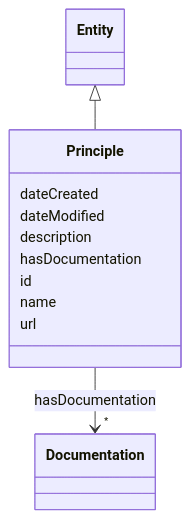
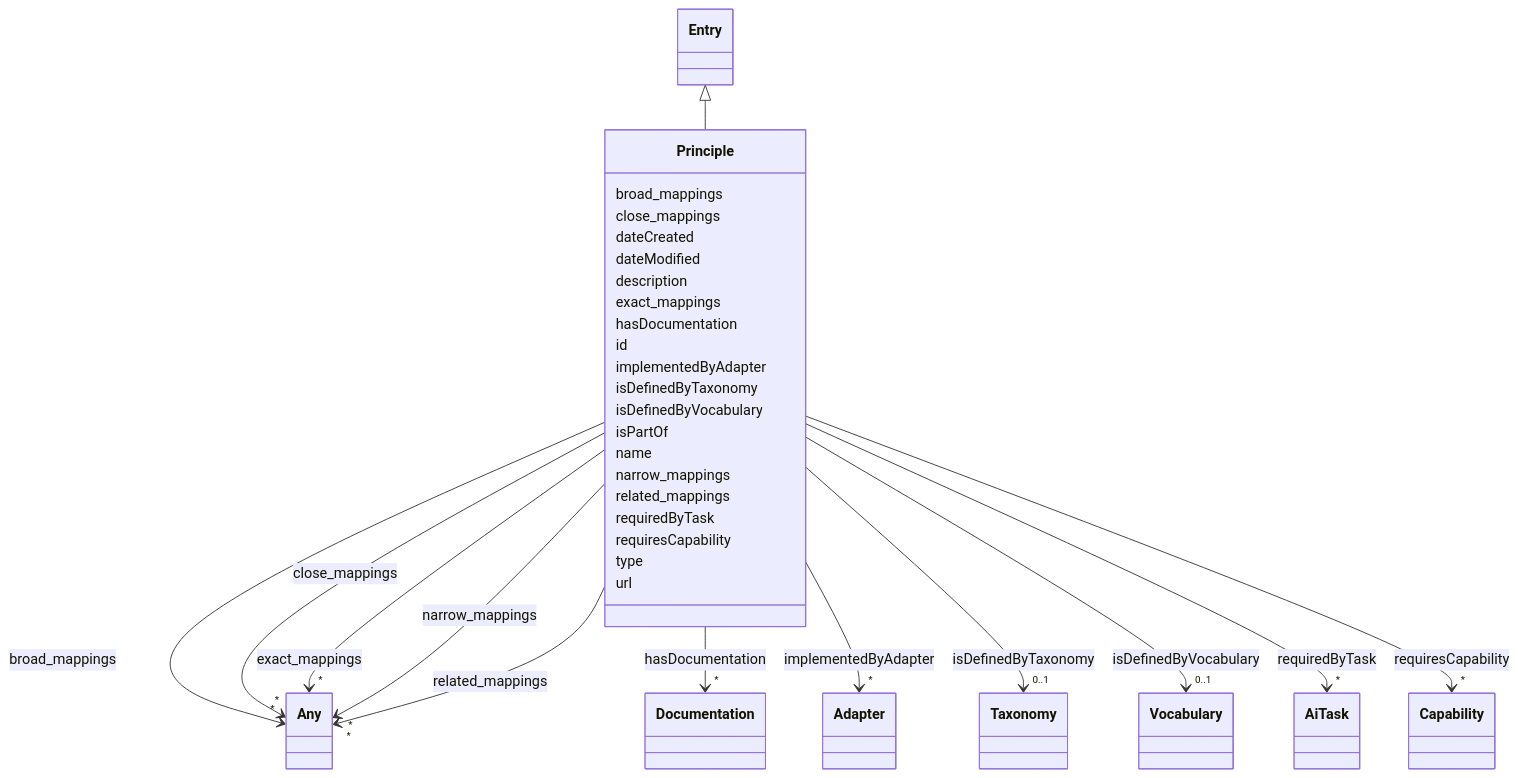
The diagram in docs/ontology/Principle.md (ingelise/risk-atlas-nexus), drawn with Mermaid before and after one commit. The commit also changed other lines of this file and 180 other files, not shown here.

```diff
--- a/docs/ontology/Principle.md
+++ b/docs/ontology/Principle.md
@@ -19,14 +19,47 @@
  classDiagram
     class Principle
     click Principle href "../Principle/"
-      Entity <|-- Principle
-        click Entity href "../Entity/"
+      Entry <|-- Principle
+        click Entry href "../Entry/"
+
+      Principle : broad_mappings
+
+
+
+
+
+        Principle --> "*" Any : broad_mappings
+        click Any href "../Any/"
+
+
+
+      Principle : close_mappings
+
+
+
+
+
+        Principle --> "*" Any : close_mappings
+        click Any href "../Any/"
+
+
 
       Principle : dateCreated
 
       Principle : dateModified
 
       Principle : description
+
+      Principle : exact_mappings
+
+
+
+
+
+        Principle --> "*" Any : exact_mappings
+        click Any href "../Any/"
+
+
 
       Principle : hasDocumentation
 
@@ -41,7 +74,88 @@
 
       Principle : id
 
+      Principle : implementedByAdapter
+
+
+
+
+
+        Principle --> "*" Adapter : implementedByAdapter
+        click Adapter href "../Adapter/"
+
+
+
+      Principle : isDefinedByTaxonomy
+
+
+
+
+
+        Principle --> "0..1" Taxonomy : isDefinedByTaxonomy
+        click Taxonomy href "../Taxonomy/"
+
+
+
+      Principle : isDefinedByVocabulary
+
+
+
+
+
+        Principle --> "0..1" Vocabulary : isDefinedByVocabulary
+        click Vocabulary href "../Vocabulary/"
+
+
+
+      Principle : isPartOf
+
       Principle : name
+
+      Principle : narrow_mappings
+
+
+
+
+
+        Principle --> "*" Any : narrow_mappings
+        click Any href "../Any/"
+
+
+
+      Principle : related_mappings
+
+
+
+
+
+        Principle --> "*" Any : related_mappings
+        click Any href "../Any/"
+
+
+
+      Principle : requiredByTask
+
+
+
+
+
+        Principle --> "*" AiTask : requiredByTask
+        click AiTask href "../AiTask/"
+
+
+
+      Principle : requiresCapability
+
+
+
+
+
+        Principle --> "*" Capability : requiresCapability
+        click Capability href "../Capability/"
+
+
+
+      Principle : type
 
       Principle : url
 
```
